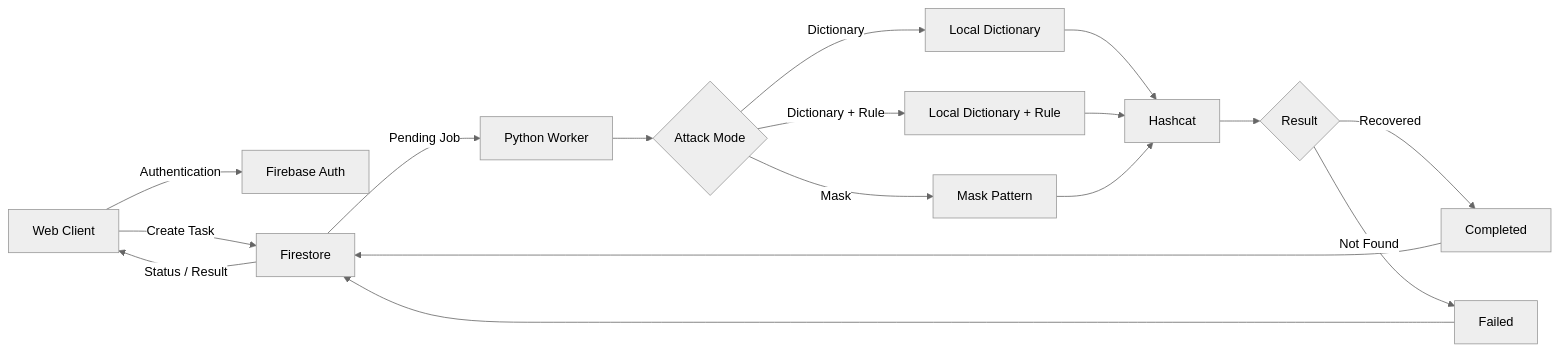
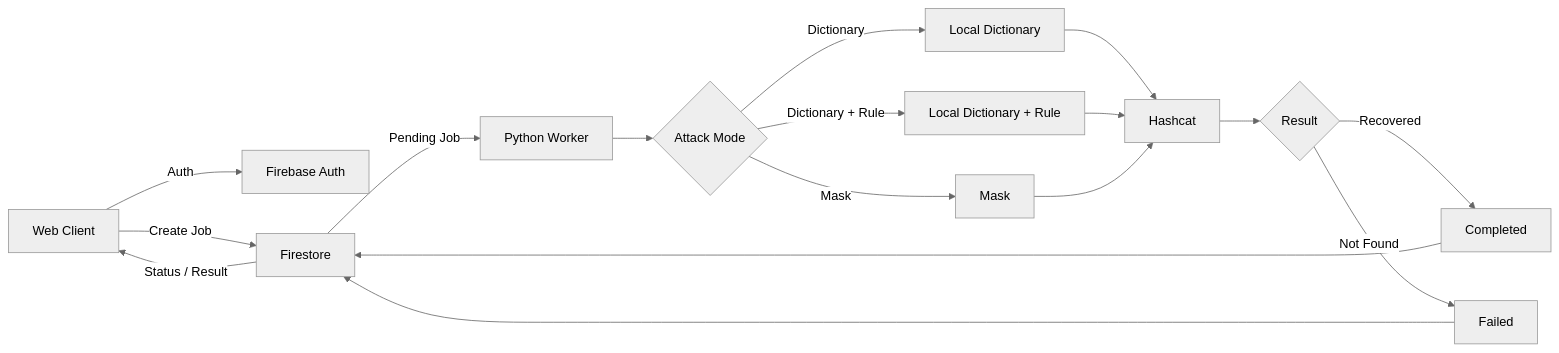
Before and after one commit to reyphia/brute: the first of 5 diagrams in README.md, drawn with Mermaid (neutral theme). The commit also changed other lines of this file, not shown here.

````diff
--- a/README.md
+++ b/README.md
@@ -15,27 +17,27 @@
 ```mermaid
 flowchart LR
-    A[Web Client] -->|Authentication| B[Firebase Auth]
-    A -->|Create Task| C[Firestore]
+    A[Web Client] -->|Auth| B[Firebase Auth]
+    A -->|Create Job| C[Firestore]
 
     C -->|Pending Job| D[Python Worker]
 
     D --> E{Attack Mode}
 
     E -->|Dictionary| F[Local Dictionary]
     E -->|Dictionary + Rule| G[Local Dictionary + Rule]
-    E -->|Mask| H[Mask Pattern]
+    E -->|Mask| H[Mask]
 
     F --> I[Hashcat]
     G --> I
     H --> I
 
     I --> J{Result}
 
     J -->|Recovered| K[Completed]
     J -->|Not Found| L[Failed]
 
     K --> C
     L --> C
 
     C -->|Status / Result| A
 ```
````
